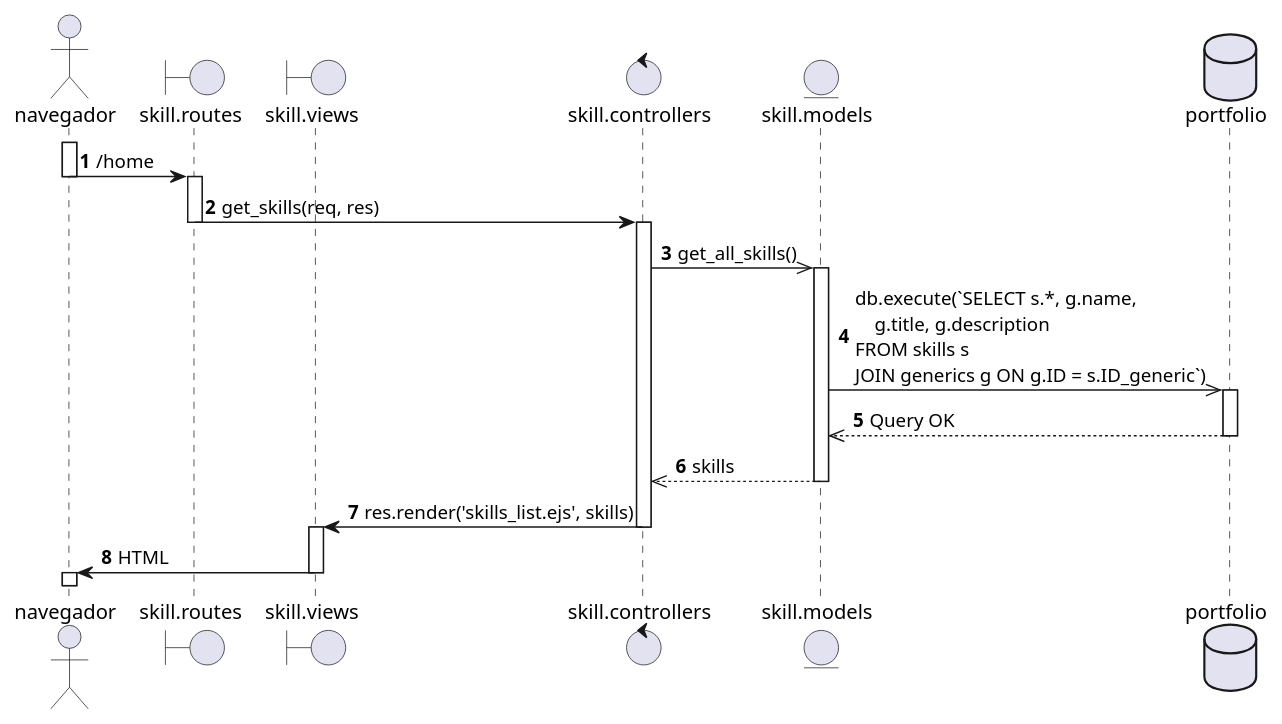
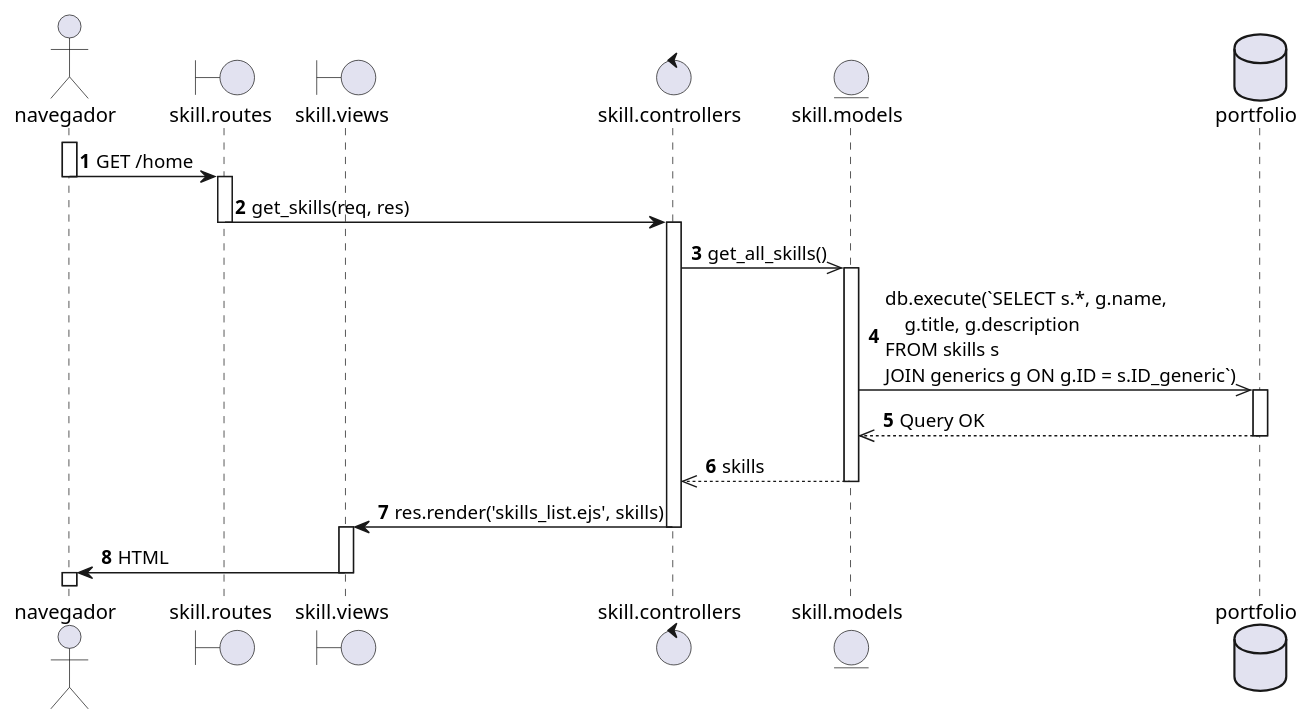
Before and after one commit to YaelChar417/portfolio: the diagram in Diagramas/Secuencia/CU02_U_Consultar_habilidades.puml, drawn with PlantUML. The commit also changed 5 other files, not shown here.

Commit message:
Update: diagramas actualizados para mostrar con claridad que tipo de peticion se esta haciendo

```diff
--- a/Diagramas/Secuencia/CU02_U_Consultar_habilidades.puml
+++ b/Diagramas/Secuencia/CU02_U_Consultar_habilidades.puml
@@ -1,42 +1,42 @@
 @startuml 
 
 autonumber
 
 actor navegador as nav
 boundary "skill.routes" as routes
 boundary "skill.views" as view
 control "skill.controllers" as controller
 entity "skill.models" as model
 database portfolio as db 
 
 activate nav
-nav -> routes: /home
+nav -> routes: GET /home
 deactivate nav
 
 activate routes
 routes -> controller: get_skills(req, res)
 deactivate routes
 
 activate controller
 controller ->> model: get_all_skills()
 
 activate model 
 model ->> db: db.execute(`SELECT s.*, g.name, \n    g.title, g.description \nFROM skills s \nJOIN generics g ON g.ID = s.ID_generic`)
 
 activate db
 db -->> model: Query OK
 deactivate db
 
 model -->> controller: skills
 deactivate model
 
 controller -> view: res.render('skills_list.ejs', skills)
 deactivate controller
 
 activate view
 view -> nav: HTML
 deactivate view
 
 activate nav
 
 @enduml
```
